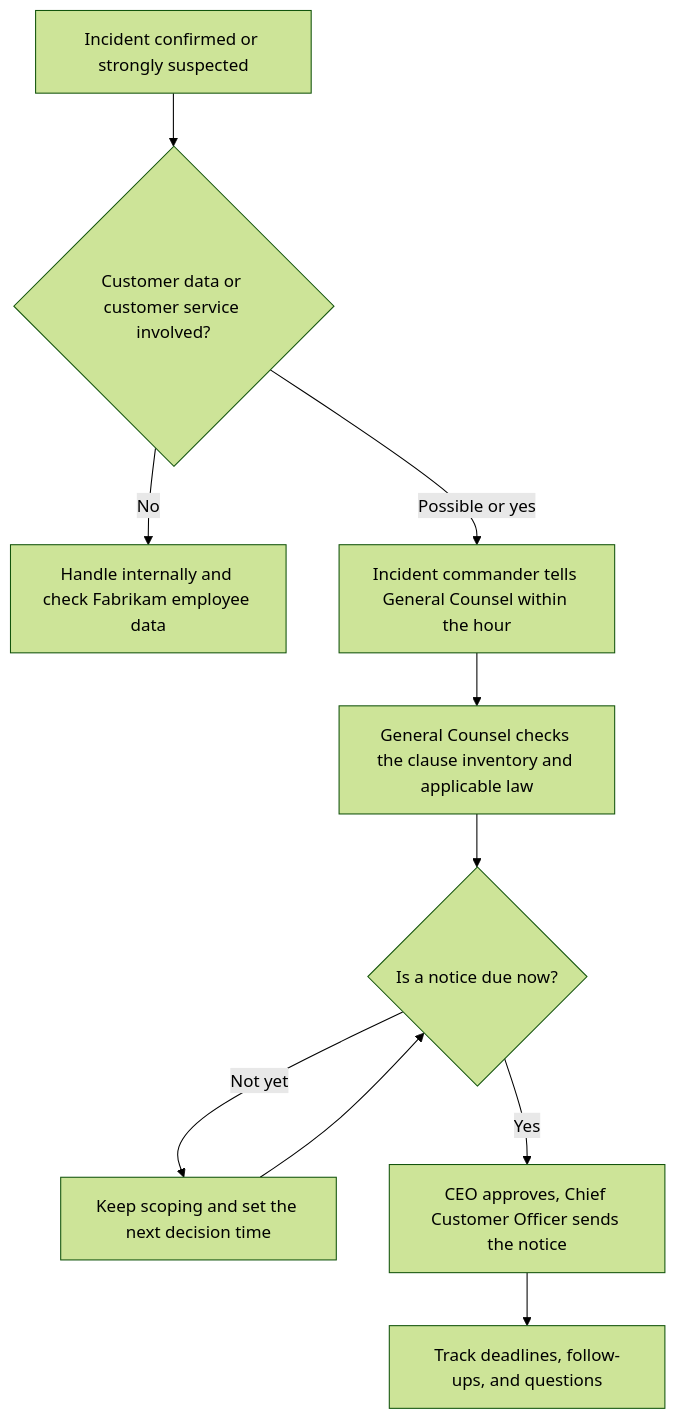
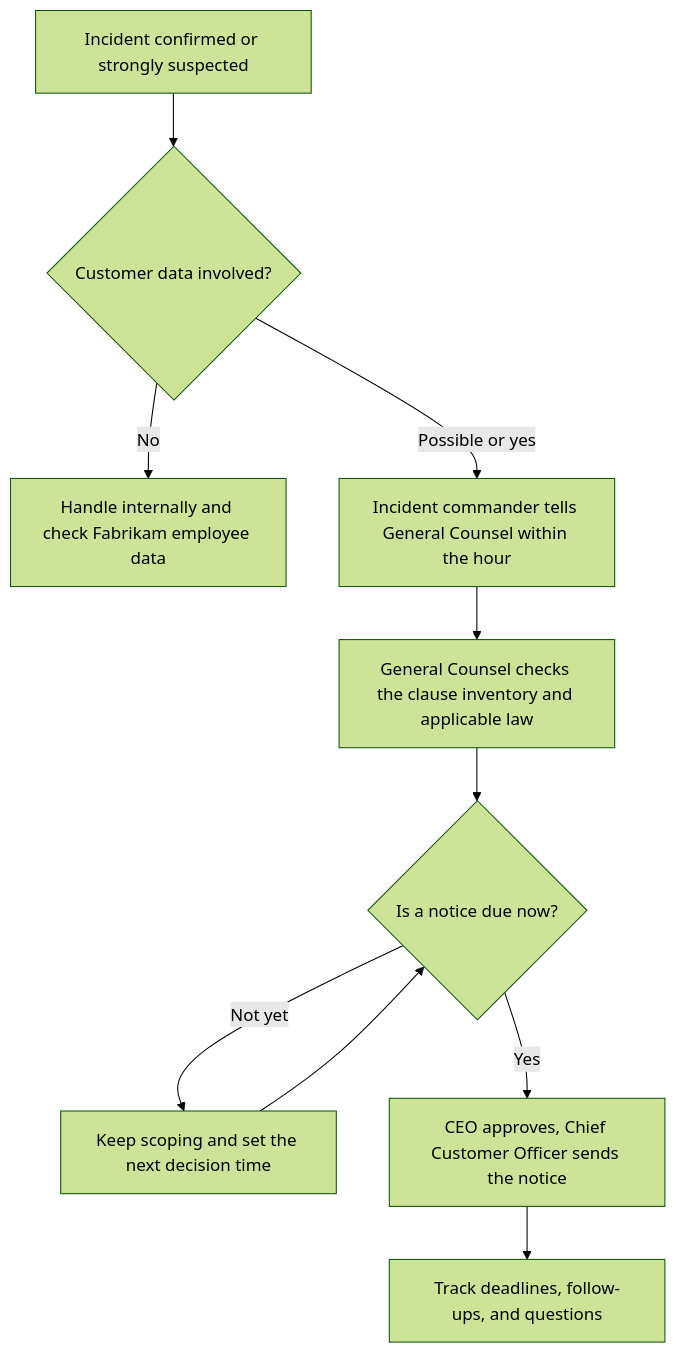
One commit to lexxon21/it-security-first-year-plan changed the second of 2 diagrams in docs/08-detection-and-incident-response.md. Above: the diagram before and after it, drawn with Mermaid (forest theme). The commit also changed other lines of this file and 34 other files, not shown here.

````diff
--- a/docs/08-detection-and-incident-response.md
+++ b/docs/08-detection-and-incident-response.md
@@ -152,12 +151,12 @@
 ```mermaid
 flowchart TD
-  A["Incident confirmed or strongly suspected"] --> B{"Customer data or customer service involved?"}
+  A["Incident confirmed or strongly suspected"] --> B{"Customer data involved?"}
   B -->|"No"| C["Handle internally and check Fabrikam employee data"]
   B -->|"Possible or yes"| D["Incident commander tells General Counsel within the hour"]
   D --> E["General Counsel checks the clause inventory and applicable law"]
   E --> F{"Is a notice due now?"}
   F -->|"Not yet"| G["Keep scoping and set the next decision time"]
   G --> F
   F -->|"Yes"| H["CEO approves, Chief Customer Officer sends the notice"]
   H --> I["Track deadlines, follow-ups, and questions"]
 ```
````
